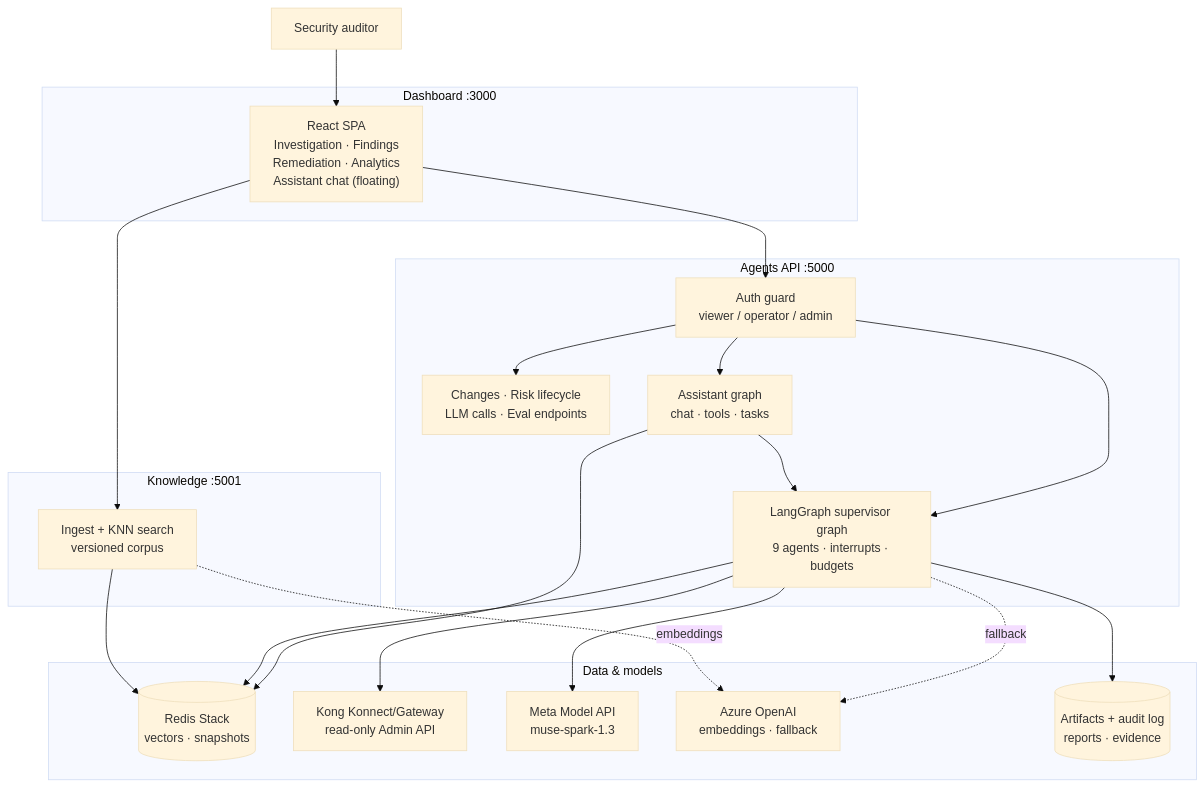
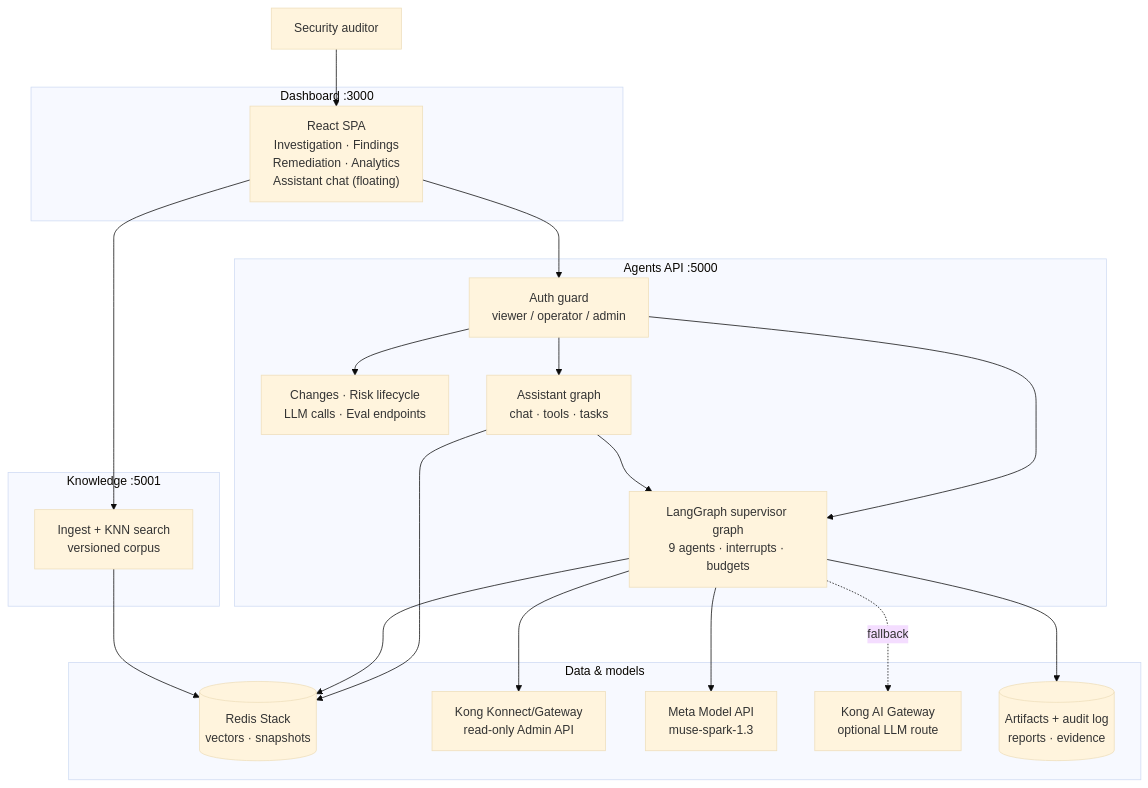
The diagram in docs/architecture.md (SachinGhumbre/enterprise-api-security-auditor-agents), drawn with Mermaid (base theme) before and after one commit. The commit also changed 24 other files, not shown here.

````diff
--- a/docs/architecture.md
+++ b/docs/architecture.md
@@ -7,43 +7,42 @@
 ```mermaid
 flowchart TB
     USER["Security auditor"]
 
     subgraph UI["Dashboard :3000"]
         PORTAL["React SPA<br/>Investigation · Findings<br/>Remediation · Analytics<br/>Assistant chat (floating)"]
     end
 
     subgraph API["Agents API :5000"]
         GW["Auth guard<br/>viewer / operator / admin"]
         GRAPH["LangGraph supervisor graph<br/>9 agents · interrupts · budgets"]
         AUX["Changes · Risk lifecycle<br/>LLM calls · Eval endpoints"]
         AST["Assistant graph<br/>chat · tools · tasks"]
     end
 
     subgraph RAG["Knowledge :5001"]
         ING["Ingest + KNN search<br/>versioned corpus"]
     end
 
     subgraph DATA["Data & models"]
         RS[("Redis Stack<br/>vectors · snapshots")]
         KONG["Kong Konnect/Gateway<br/>read-only Admin API"]
         META["Meta Model API<br/>muse-spark-1.3"]
-        AZ["Azure OpenAI<br/>embeddings · fallback"]
+        KG["Kong AI Gateway<br/>optional LLM route"]
         ART[("Artifacts + audit log<br/>reports · evidence")]
     end
 
     USER --> PORTAL
     PORTAL --> GW
     GW --> GRAPH
     GW --> AUX
     GW --> AST
     AST --> GRAPH
     AST --> RS
     PORTAL --> ING
     GRAPH --> RS
     GRAPH --> KONG
     GRAPH --> META
-    GRAPH -. fallback .-> AZ
+    GRAPH -. fallback .-> KG
     GRAPH --> ART
     ING --> RS
-    ING -. embeddings .-> AZ
 ```
````
